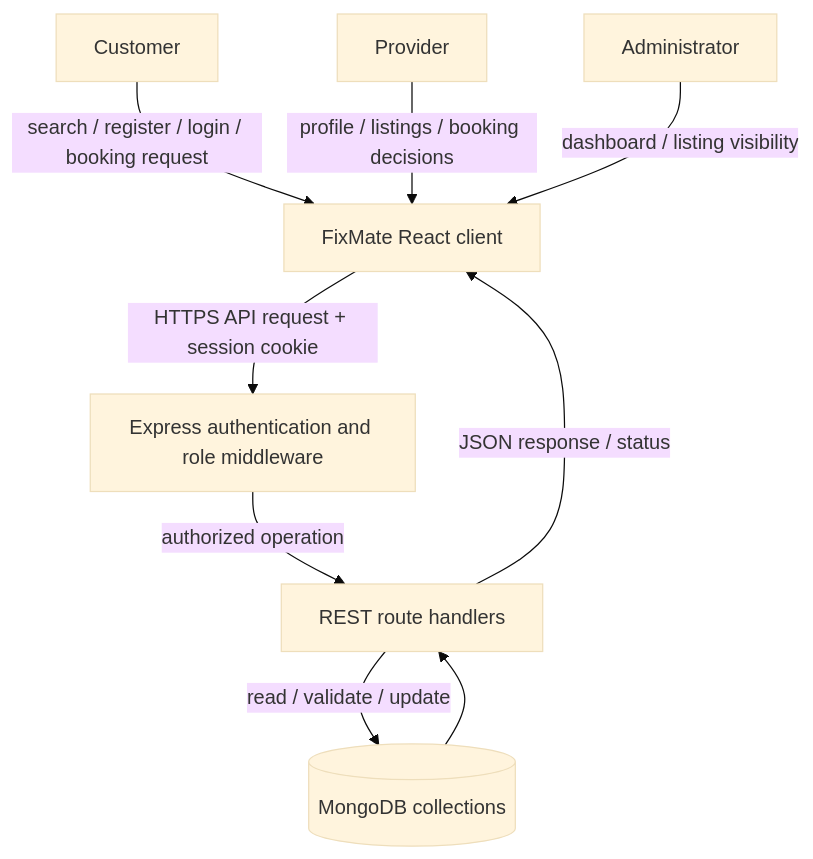
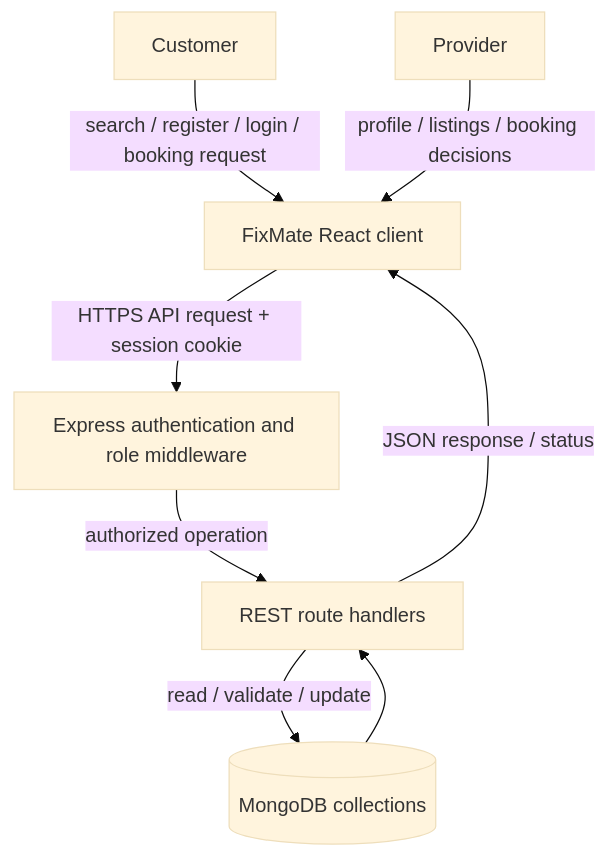
One commit to Tanu-jaiswal/FixMate changed the third of 4 diagrams in docs/BCA-PROJECT-REPORT.md. Above: the diagram before and after it, drawn with Mermaid (base theme). The commit also changed other lines of this file and 10 other files, not shown here.

````diff
--- a/docs/BCA-PROJECT-REPORT.md
+++ b/docs/BCA-PROJECT-REPORT.md
@@ -159,11 +156,10 @@
 ```mermaid
 flowchart TD
   C[Customer] -->|search / register / login / booking request| UI[FixMate React client]
   P[Provider] -->|profile / listings / booking decisions| UI
-  A[Administrator] -->|dashboard / listing visibility| UI
   UI -->|HTTPS API request + session cookie| AUTH[Express authentication and role middleware]
   AUTH -->|authorized operation| ROUTES[REST route handlers]
   ROUTES -->|read / validate / update| DB[(MongoDB collections)]
   DB --> ROUTES
   ROUTES -->|JSON response / status| UI
 ```
````
